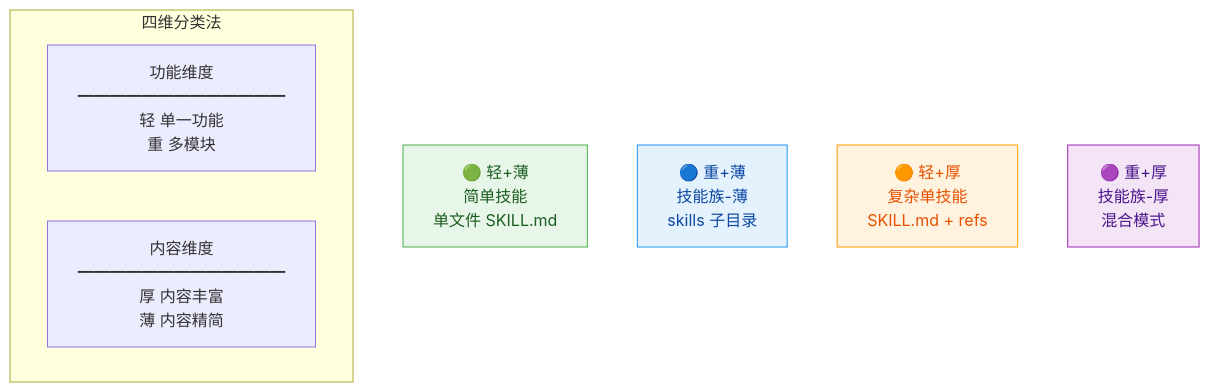
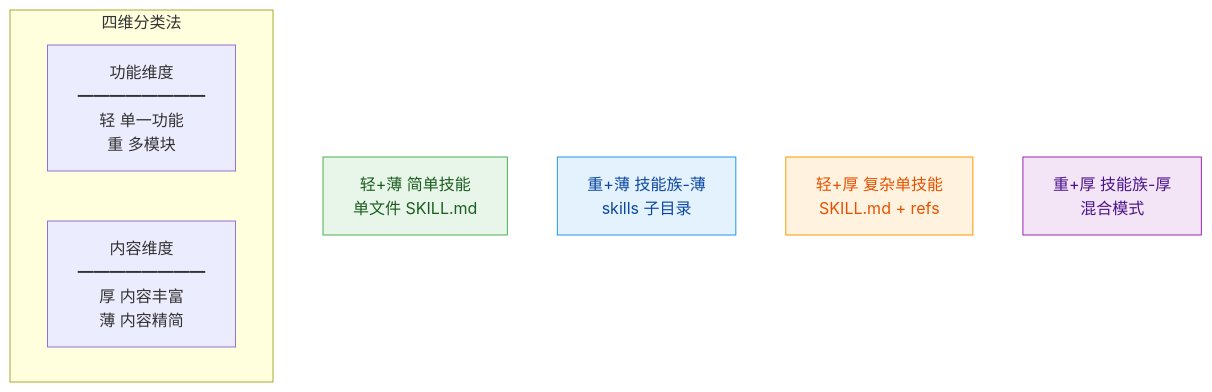
Before and after one commit to morning-start/coze-skills: the second of 7 diagrams in skill-factory/SKILL.md, drawn with Mermaid. The commit also changed other lines of this file and 10 other files, not shown here.

````diff
--- a/skill-factory/SKILL.md
+++ b/skill-factory/SKILL.md
@@ -29,18 +86,18 @@
 ```mermaid
 flowchart TB
     subgraph 四维分类法
         direction LR
-        L1["功能维度<br/>━━━━━━━━━━━━━<br/>轻 单一功能<br/>重 多模块"]
-        L2["内容维度<br/>━━━━━━━━━━━━━<br/>厚 内容丰富<br/>薄 内容精简"]
+        L1["功能维度<br/>━━━━━━━━<br/>轻 单一功能<br/>重 多模块"]
+        L2["内容维度<br/>━━━━━━━━<br/>厚 内容丰富<br/>薄 内容精简"]
     end
     
-    Q1["🟢 轻+薄<br/>简单技能<br/>单文件 SKILL.md"]
-    Q2["🔵 重+薄<br/>技能族-薄<br/>skills 子目录"]
-    Q3["🟠 轻+厚<br/>复杂单技能<br/>SKILL.md + refs"]
-    Q4["🟣 重+厚<br/>技能族-厚<br/>混合模式"]
-    
+    Q1["轻+薄 简单技能<br/>单文件 SKILL.md"]
+    Q2["重+薄 技能族-薄<br/>skills 子目录"]
+    Q3["轻+厚 复杂单技能<br/>SKILL.md + refs"]
+    Q4["重+厚 技能族-厚<br/>混合模式"]
+
     style Q1 fill:#e8f5e9,stroke:#4caf50,color:#1b5e20
     style Q2 fill:#e3f2fd,stroke:#2196f3,color:#0d47a1
     style Q3 fill:#fff3e0,stroke:#ff9800,color:#e65100
     style Q4 fill:#f3e5f5,stroke:#9c27b0,color:#4a148c
 ```
````
